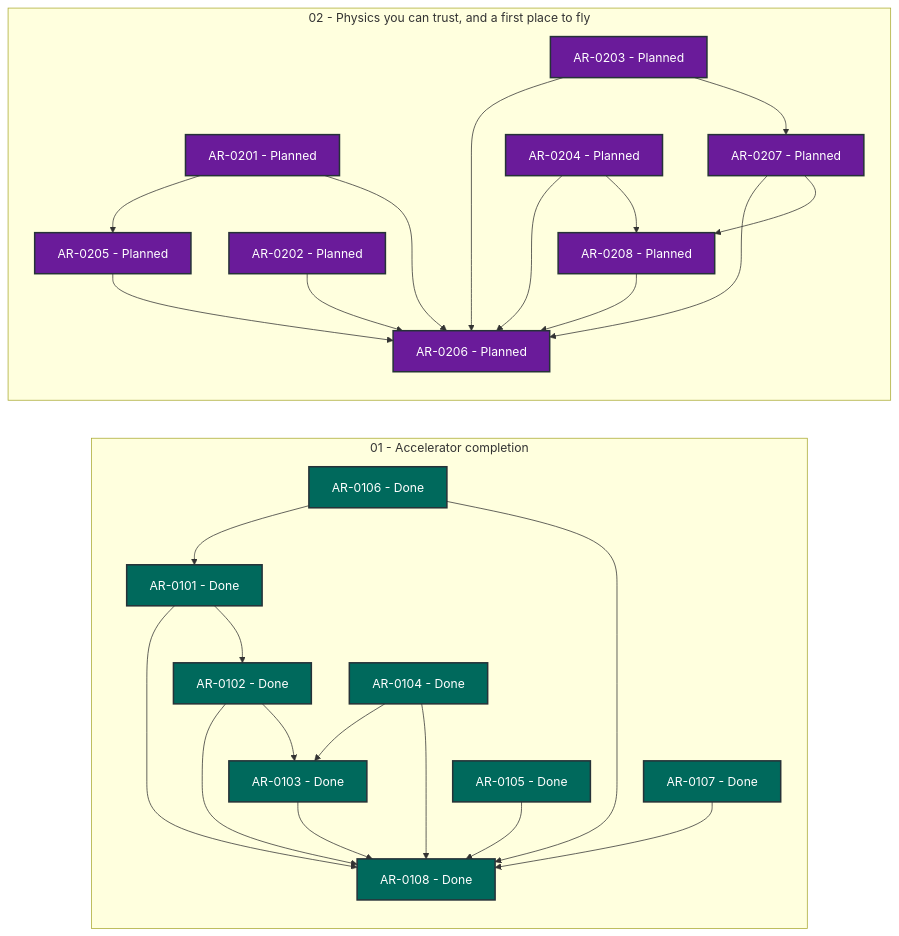
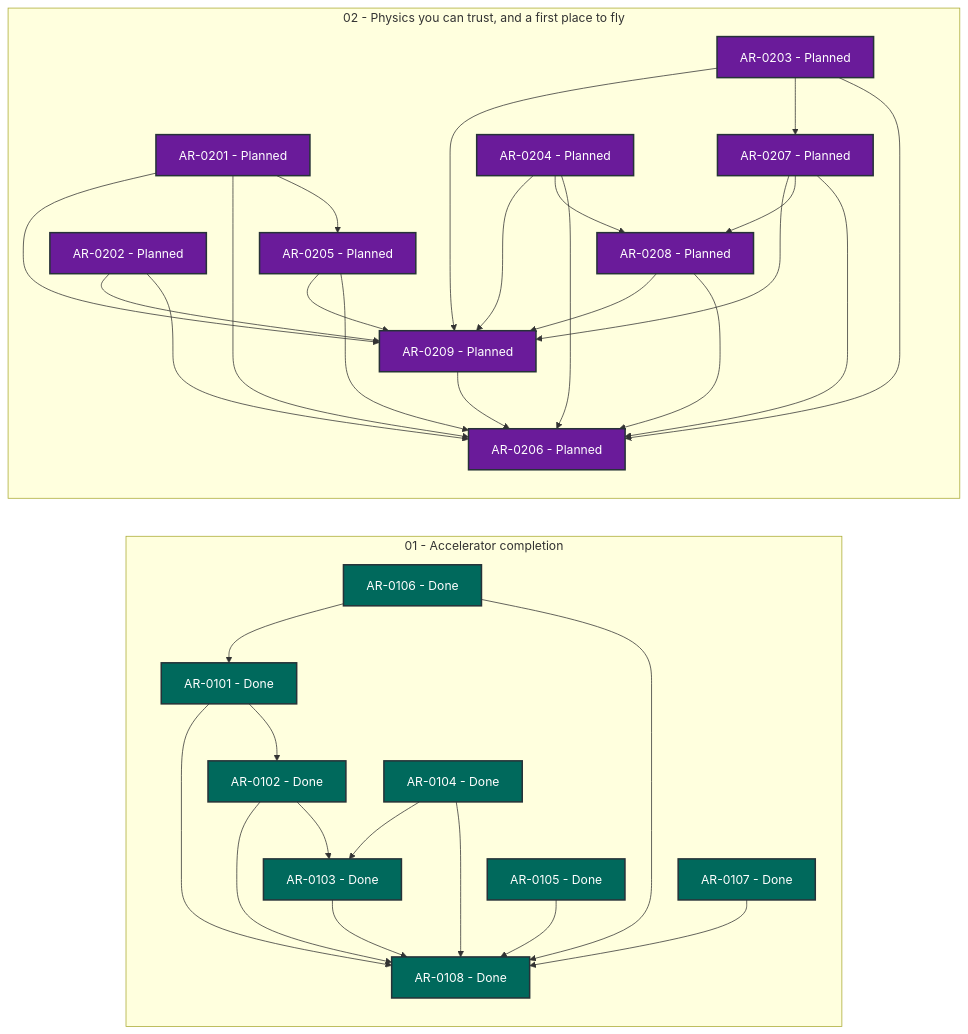
Before and after one commit to locutus3009/exgame: the diagram in coordination/STATUS.md, drawn with Mermaid. The commit also changed other lines of this file and 8 other files, not shown here.

First line of the commit message:
docs(roadmap): owner's direction, and a performance review in every milestone

````diff
--- a/coordination/STATUS.md
+++ b/coordination/STATUS.md
@@ -28,56 +28,65 @@
 ```mermaid
 flowchart LR
     subgraph series_01["01 - Accelerator completion"]
         direction TB
         AR_0101["AR-0101 - Done"]:::status_done
         AR_0102["AR-0102 - Done"]:::status_done
         AR_0103["AR-0103 - Done"]:::status_done
         AR_0104["AR-0104 - Done"]:::status_done
         AR_0105["AR-0105 - Done"]:::status_done
         AR_0106["AR-0106 - Done"]:::status_done
         AR_0107["AR-0107 - Done"]:::status_done
         AR_0108["AR-0108 - Done"]:::status_done
     end
     subgraph series_02["02 - Physics you can trust, and a first place to fly"]
         direction TB
         AR_0201["AR-0201 - Planned"]:::status_planned
         AR_0202["AR-0202 - Planned"]:::status_planned
         AR_0203["AR-0203 - Planned"]:::status_planned
         AR_0204["AR-0204 - Planned"]:::status_planned
         AR_0205["AR-0205 - Planned"]:::status_planned
         AR_0206["AR-0206 - Planned"]:::status_planned
         AR_0207["AR-0207 - Planned"]:::status_planned
         AR_0208["AR-0208 - Planned"]:::status_planned
+        AR_0209["AR-0209 - Planned"]:::status_planned
     end
     AR_0101 --> AR_0102
     AR_0101 --> AR_0108
     AR_0102 --> AR_0103
     AR_0102 --> AR_0108
     AR_0103 --> AR_0108
     AR_0104 --> AR_0103
     AR_0104 --> AR_0108
     AR_0105 --> AR_0108
     AR_0106 --> AR_0101
     AR_0106 --> AR_0108
     AR_0107 --> AR_0108
     AR_0201 --> AR_0205
     AR_0201 --> AR_0206
+    AR_0201 --> AR_0209
     AR_0202 --> AR_0206
+    AR_0202 --> AR_0209
     AR_0203 --> AR_0206
     AR_0203 --> AR_0207
+    AR_0203 --> AR_0209
     AR_0204 --> AR_0206
     AR_0204 --> AR_0208
+    AR_0204 --> AR_0209
     AR_0205 --> AR_0206
+    AR_0205 --> AR_0209
     AR_0207 --> AR_0206
     AR_0207 --> AR_0208
+    AR_0207 --> AR_0209
     AR_0208 --> AR_0206
+    AR_0208 --> AR_0209
+    AR_0209 --> AR_0206
     classDef status_in_progress fill:#1565c0,color:#ffffff,stroke:#263238,stroke-width:2px
     classDef status_in_review fill:#ad1457,color:#ffffff,stroke:#263238,stroke-width:2px
     classDef status_open fill:#2e7d32,color:#ffffff,stroke:#263238,stroke-width:2px
     classDef status_blocked fill:#c62828,color:#ffffff,stroke:#263238,stroke-width:2px
     classDef status_planned fill:#6a1b9a,color:#ffffff,stroke:#263238,stroke-width:2px
     classDef status_future fill:#455a64,color:#ffffff,stroke:#263238,stroke-width:2px
     classDef status_done fill:#00695c,color:#ffffff,stroke:#263238,stroke-width:2px
     classDef status_cancelled fill:#616161,color:#ffffff,stroke:#263238,stroke-width:2px
     classDef status_superseded fill:#5d4037,color:#ffffff,stroke:#263238,stroke-width:2px
 ```
````
